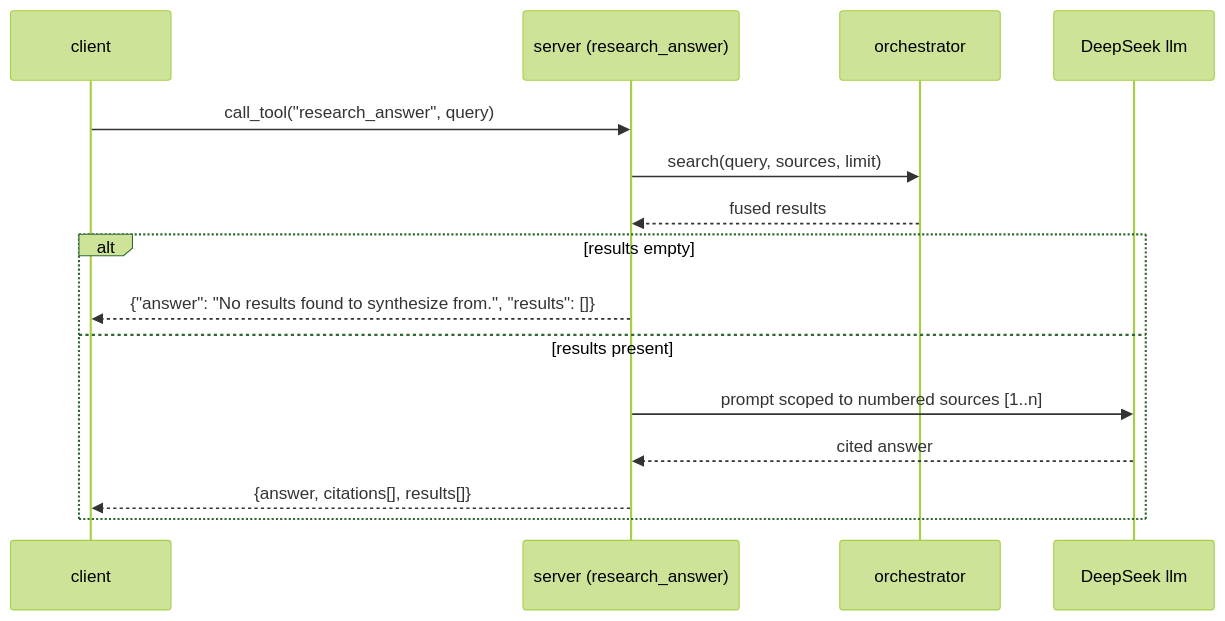
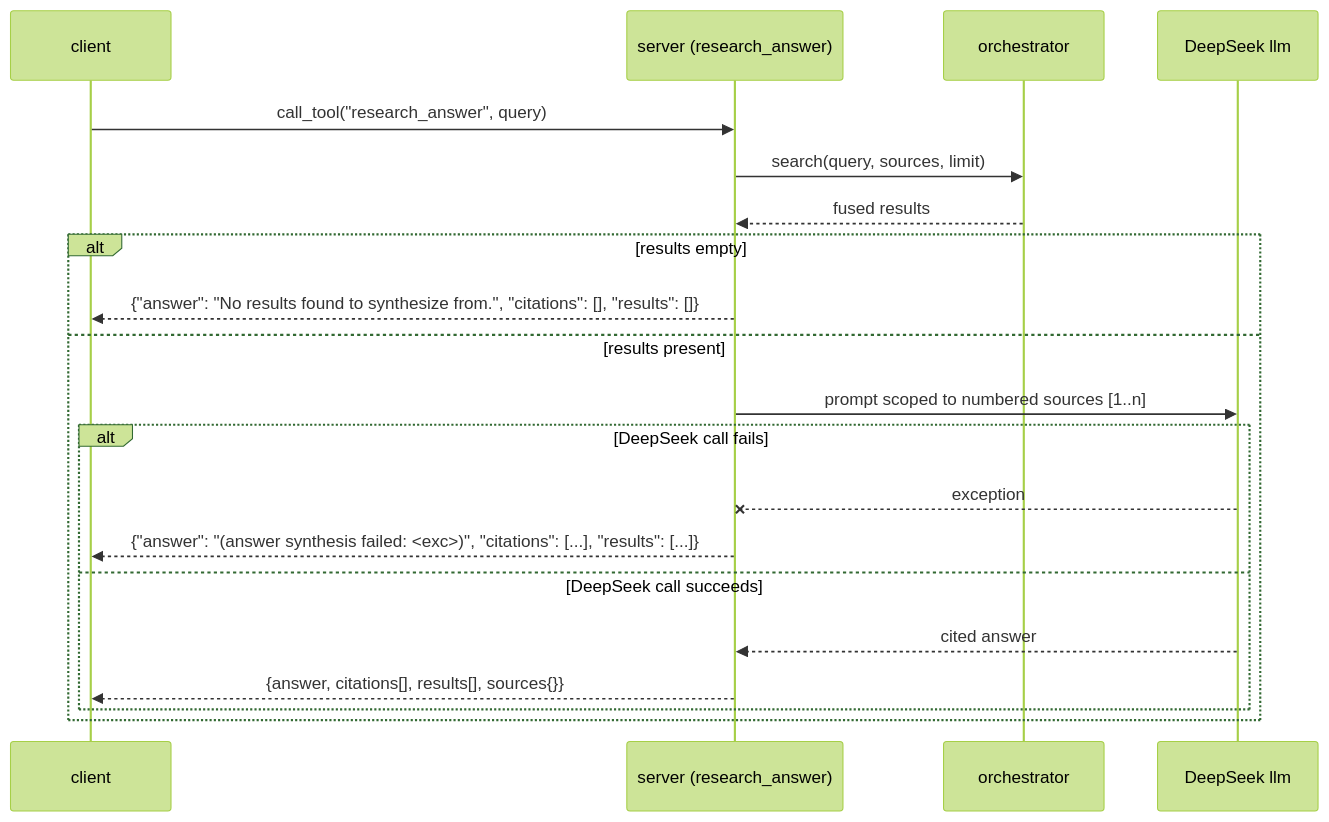
Before and after one commit to kbjama8/search-gateway: the diagram in docs/api/tools.md, drawn with Mermaid (forest theme). The commit also changed other lines of this file and 17 other files, not shown here.

First line of the commit message:
docs: enhance and refine documentation in the answer-synthesis voice

````diff
--- a/docs/api/tools.md
+++ b/docs/api/tools.md
@@ -62,17 +296,22 @@
 ```mermaid
 sequenceDiagram
     participant C as client
     participant S as server (research_answer)
     participant O as orchestrator
     participant L as DeepSeek llm
     C->>S: call_tool("research_answer", query)
     S->>O: search(query, sources, limit)
     O-->>S: fused results
     alt results empty
-        S-->>C: {"answer": "No results found to synthesize from.", "results": []}
+        S-->>C: {"answer": "No results found to synthesize from.", "citations": [], "results": []}
     else results present
         S->>L: prompt scoped to numbered sources [1..n]
-        L-->>S: cited answer
-        S-->>C: {answer, citations[], results[]}
+        alt DeepSeek call fails
+            L--xS: exception
+            S-->>C: {"answer": "(answer synthesis failed: <exc>)", "citations": [...], "results": [...]}
+        else DeepSeek call succeeds
+            L-->>S: cited answer
+            S-->>C: {answer, citations[], results[], sources{}}
+        end
     end
 ```
````
